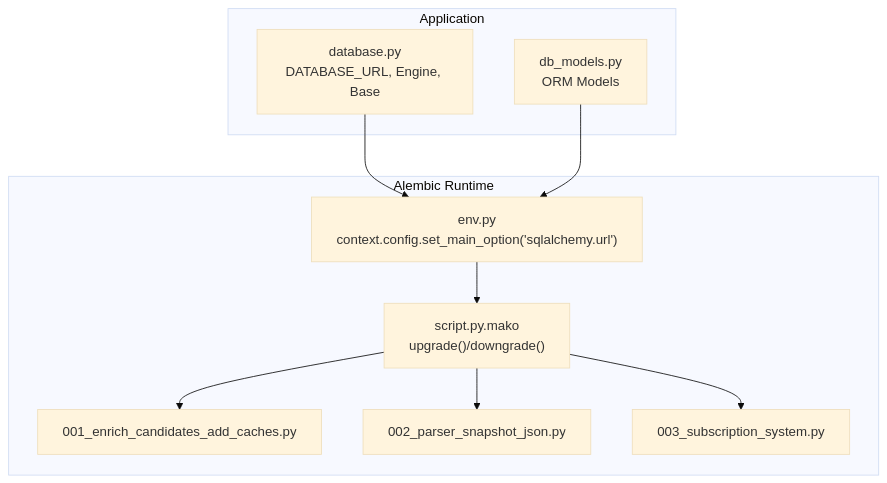
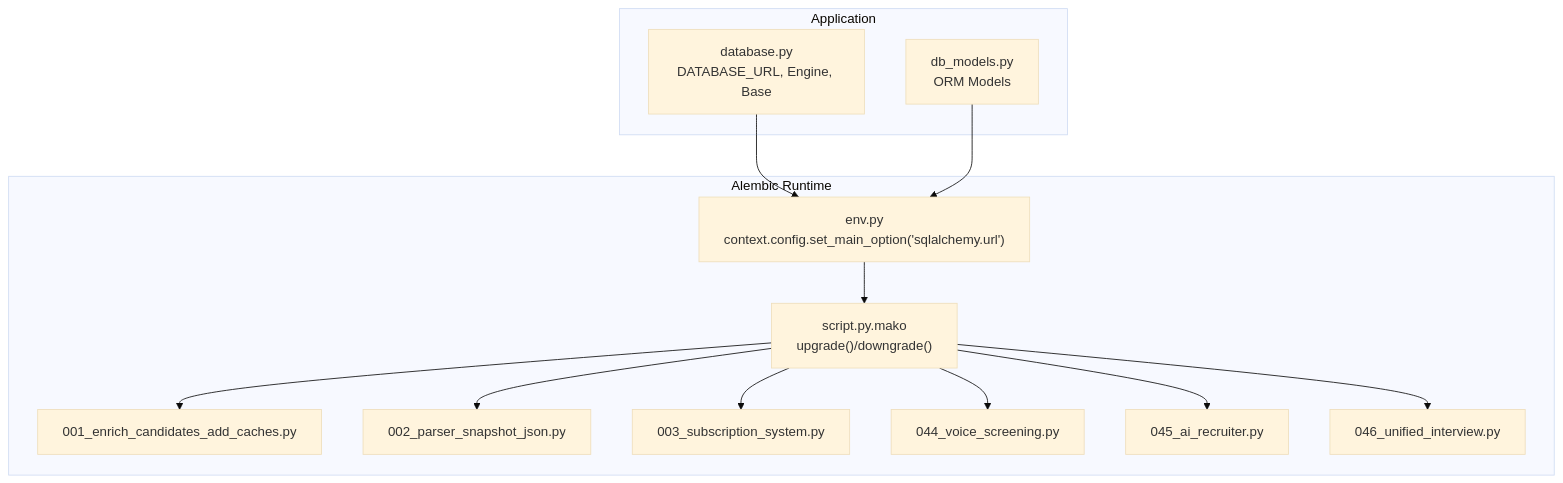
The second of 6 diagrams in .qoder/repowiki/en/content/Database Design/Migration Management.md (Revanththetalogics/aireume), drawn with Mermaid (base theme) before and after one commit. The commit also changed other lines of this file and 32 other files, not shown here.

````diff
--- a/.qoder/repowiki/en/content/Database Design/Migration Management.md
+++ b/.qoder/repowiki/en/content/Database Design/Migration Management.md
@@ -98,20 +123,26 @@
 ```mermaid
 graph TB
 subgraph "Alembic Runtime"
 E["env.py<br/>context.config.set_main_option('sqlalchemy.url')"]
 T["script.py.mako<br/>upgrade()/downgrade()"]
 V1["001_enrich_candidates_add_caches.py"]
 V2["002_parser_snapshot_json.py"]
 V3["003_subscription_system.py"]
+V4["044_voice_screening.py"]
+V5["045_ai_recruiter.py"]
+V6["046_unified_interview.py"]
 end
 subgraph "Application"
 D["database.py<br/>DATABASE_URL, Engine, Base"]
 M["db_models.py<br/>ORM Models"]
 end
 D --> E
 M --> E
 E --> T
 T --> V1
 T --> V2
 T --> V3
+T --> V4
+T --> V5
+T --> V6
 ```
````
